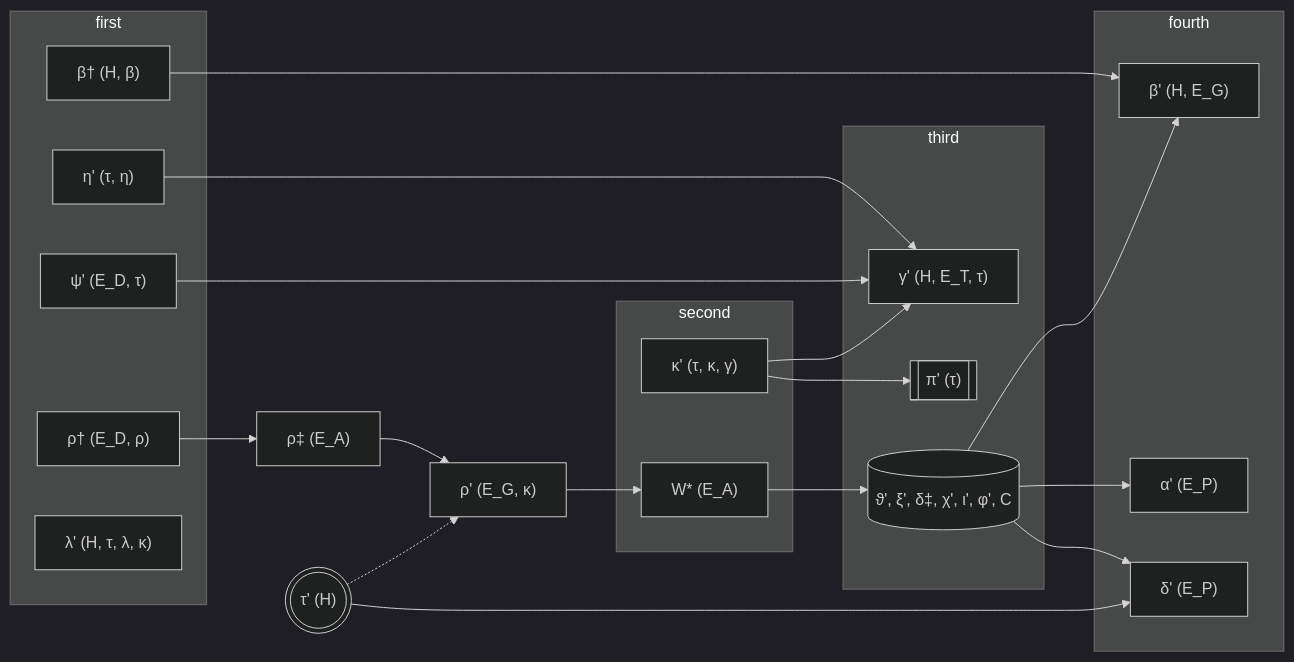
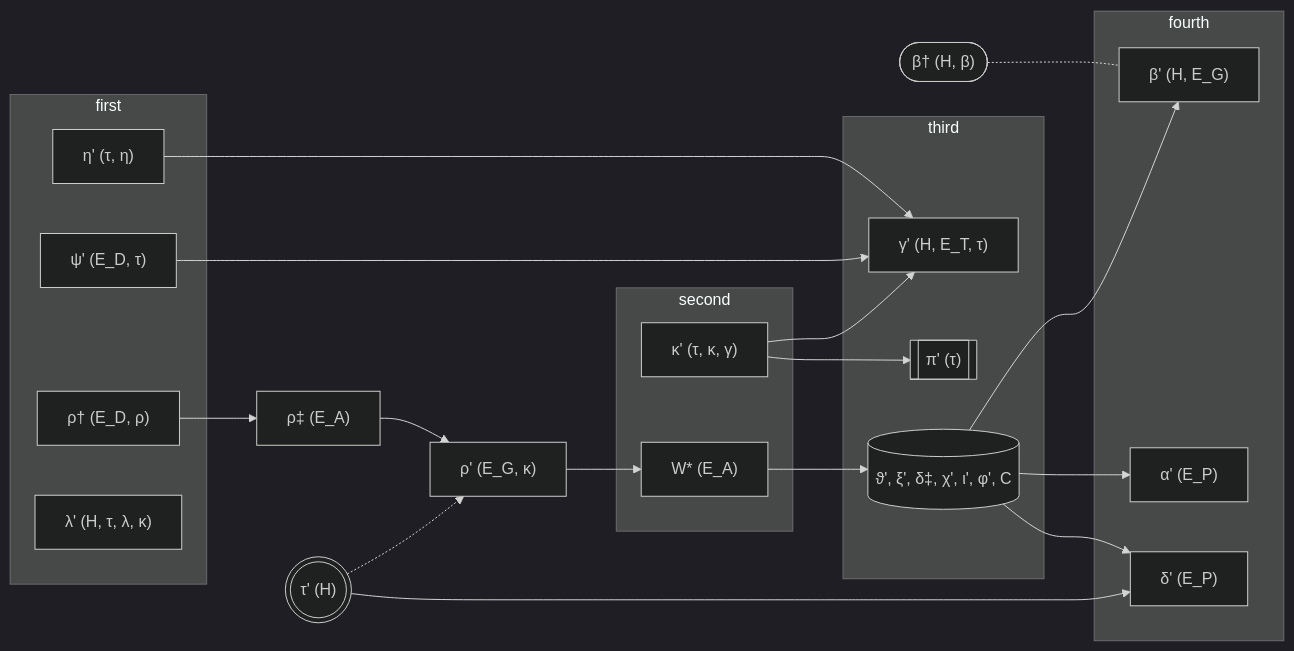
The diagram in crates/core/sync/README.md (spacejamapp/spacejam), drawn with Mermaid (dark theme) before and after one commit. The commit also changed 5 other files, not shown here.

````diff
--- a/crates/core/sync/README.md
+++ b/crates/core/sync/README.md
@@ -10,8 +10,8 @@
 ```mermaid
 flowchart LR
    %% An intermediate value for block history
-   BETA_DAGGER["β† (H, β)"]
-   BETA_DAGGER --> BETA_PRIME
+   BETA_DAGGER(["β† (H, β)"])
+   BETA_DAGGER -.- BETA_PRIME
 
    %% The updated block history
    BETA_PRIME["β' (H, E_G)"]
@@ -76,7 +76,6 @@
    LAMBDA_PRIME
    PSI_PRIME
    RHO_DAGGER
-   BETA_DAGGER
    ETA_PRIME
    end
 
````
